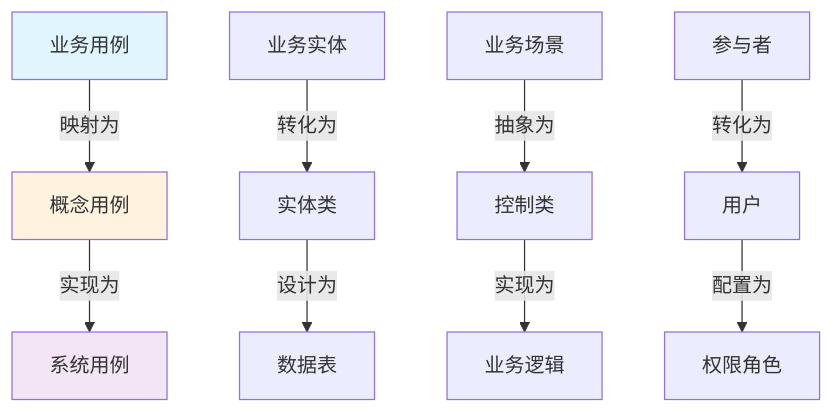
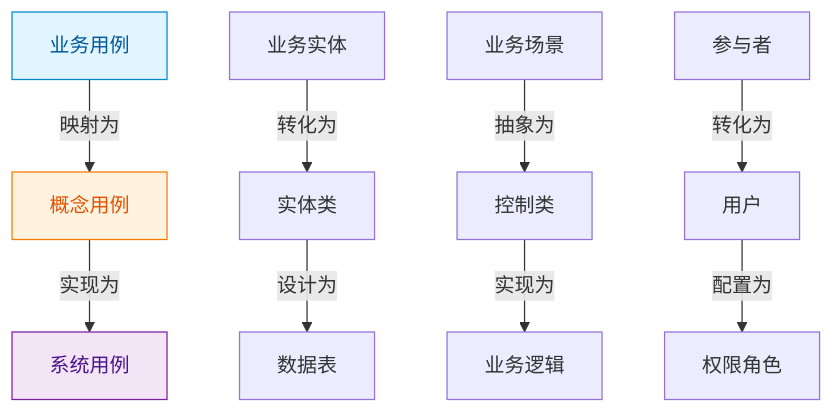
One commit to FreezeSoul/freezesoul.github.com changed diagram 13 of 14 in _posts/2012-12-15-thinking-in-uml.md. Above: the diagram before and after it, drawn with Mermaid. The commit also changed other lines of this file and 9 other files, not shown here.

Commit message:
修正mermaid配色与要求

````diff
--- a/_posts/2012-12-15-thinking-in-uml.md
+++ b/_posts/2012-12-15-thinking-in-uml.md
@@ -733,18 +733,18 @@
 ```mermaid
 graph TD
     A[业务用例] -->|映射为| B[概念用例]
     B -->|实现为| C[系统用例]
 
     D[业务实体] -->|转化为| E[实体类]
     E -->|设计为| F[数据表]
 
     G[业务场景] -->|抽象为| H[控制类]
     H -->|实现为| I[业务逻辑]
 
     J[参与者] -->|转化为| K[用户]
     K -->|配置为| L[权限角色]
 
-    style A fill:#e1f5ff
-    style B fill:#fff3e0
-    style C fill:#f3e5f5
+    style A fill:#e1f5ff,stroke:#0288d1,color:#01579b
+    style B fill:#fff3e0,stroke:#f57c00,color:#e65100
+    style C fill:#f3e5f5,stroke:#7b1fa2,color:#4a148c
 ```
````
